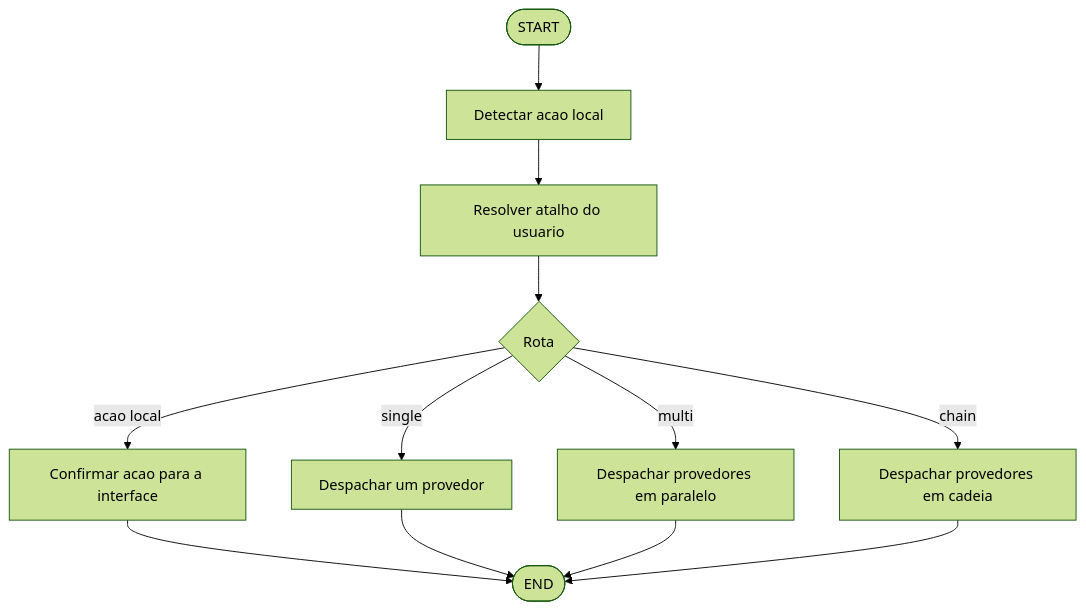
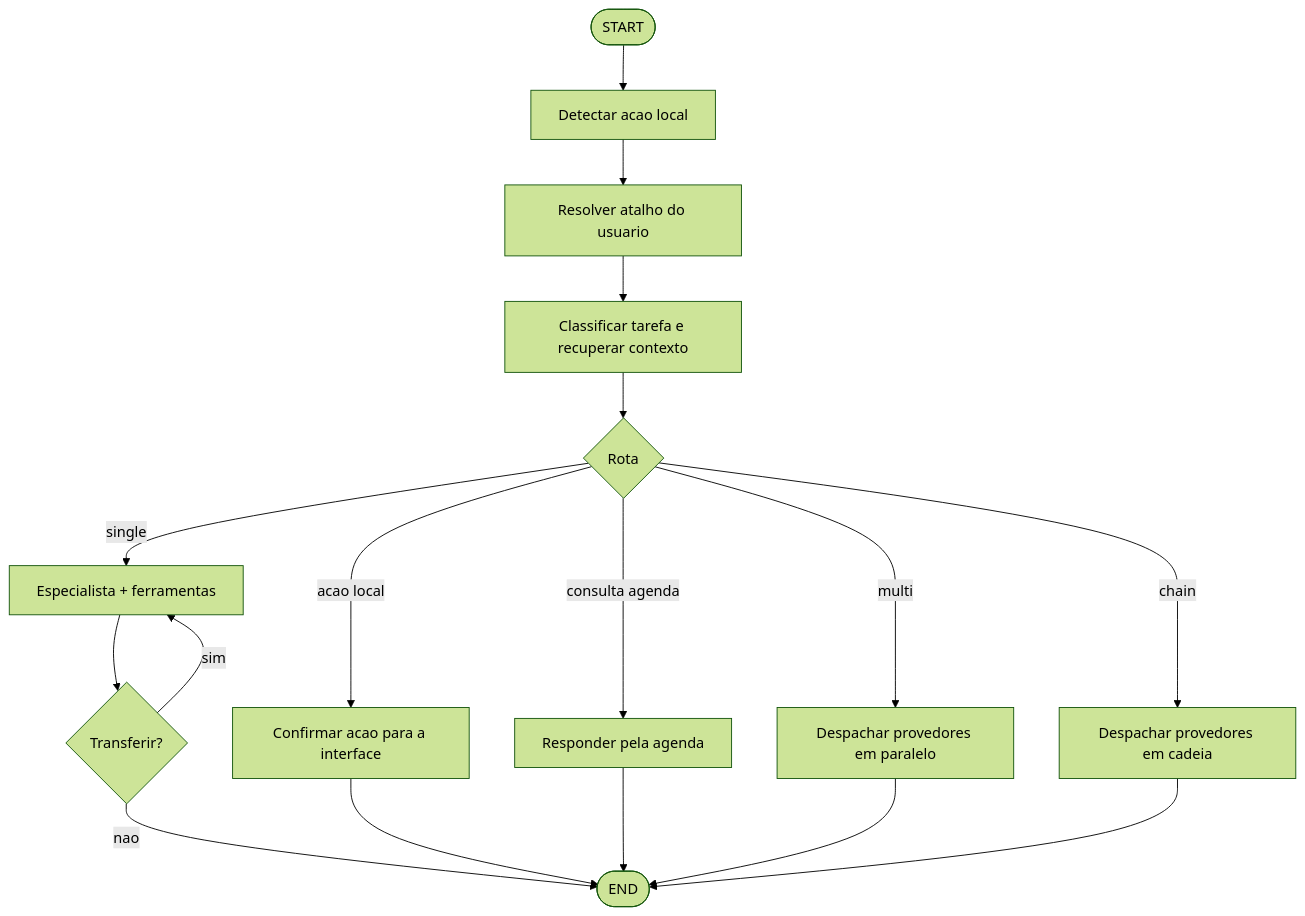
One commit to m4n1nh0/assistant_app changed the fourth of 5 diagrams in README.md. Above: the diagram before and after it, drawn with Mermaid (forest theme). The commit also changed other lines of this file and 16 other files, not shown here.

````diff
--- a/README.md
+++ b/README.md
@@ -226,14 +226,19 @@
 ```mermaid
 flowchart TD
     Start([START]) --> Detect[Detectar acao local]
     Detect --> Shortcut[Resolver atalho do usuario]
-    Shortcut --> Route{Rota}
+    Shortcut --> Ctx[Classificar tarefa e recuperar contexto]
+    Ctx --> Route{Rota}
     Route -->|acao local| Ack[Confirmar acao para a interface]
-    Route -->|single| Single[Despachar um provedor]
+    Route -->|consulta agenda| Cal[Responder pela agenda]
+    Route -->|single| Agent[Especialista + ferramentas]
     Route -->|multi| Multi[Despachar provedores em paralelo]
     Route -->|chain| Chain[Despachar provedores em cadeia]
-    Ack --> End([END])
-    Single --> End
+    Agent --> Handoff{Transferir?}
+    Handoff -->|sim| Agent
+    Handoff -->|nao| End([END])
+    Ack --> End
+    Cal --> End
     Multi --> End
     Chain --> End
 ```
````
